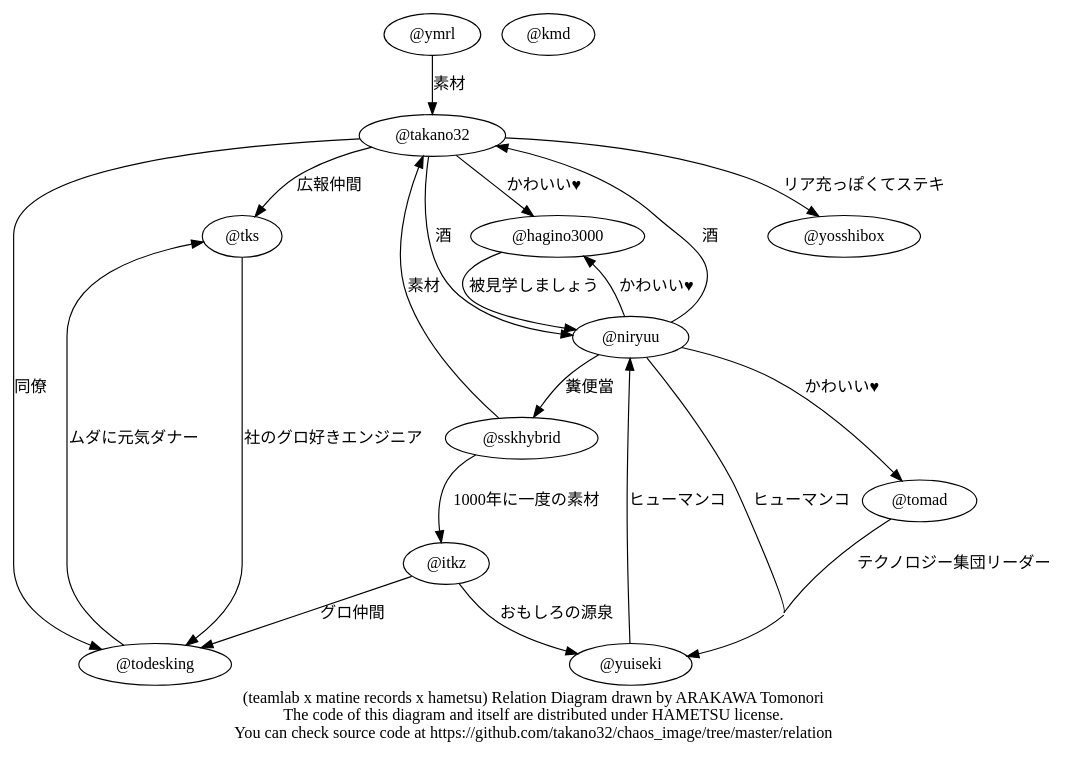
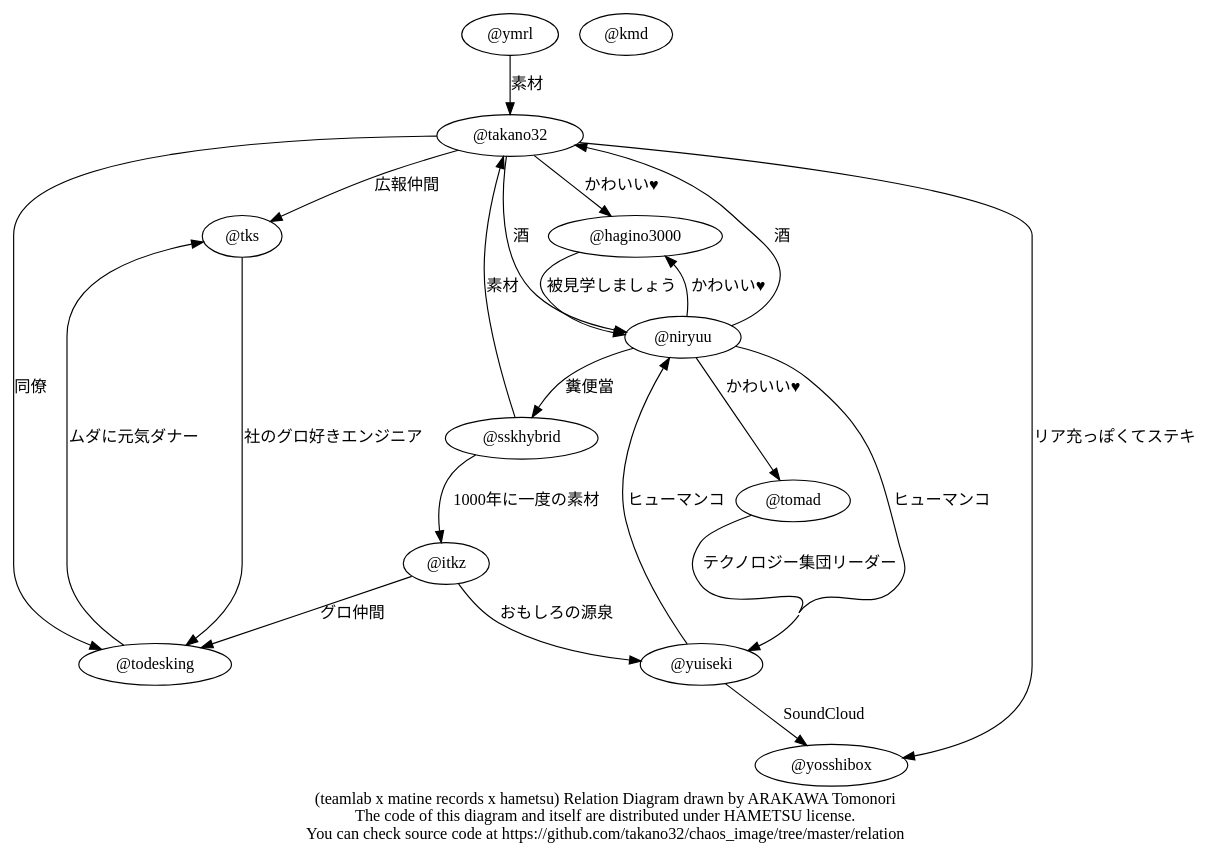
The diagram in relation/hameatsudo.dot (hametsu/chaos_image), drawn with Graphviz before and after one commit.

Commit message:
SoundCloud

```diff
--- a/relation/hameatsudo.dot
+++ b/relation/hameatsudo.dot
@@ -1,27 +1,28 @@
 digraph Hameatsudo {
   graph [concentrate = true];
   overlap=orthoxy;
   "@tks" -> "@todesking" [label = "社のグロ好きエンジニア"];
   "@takano32" -> "@tks" [label = "広報仲間"];
   "@takano32" -> "@todesking" [label = "同僚"];
   "@takano32" -> "@hagino3000" [label = "かわいい♥"];
   "@takano32" -> "@niryuu" [label = "酒"];
   "@takano32" -> "@yosshibox" [label = "リア充っぽくてステキ"];
   "@todesking" -> "@tks" [label = "ムダに元気ダナー"];
   "@tomad" -> "@yuiseki" [label = "テクノロジー集団リーダー"];
   "@yosshibox"
   "@sskhybrid" -> "@itkz" [label = "1000年に一度の素材"];
   "@sskhybrid" -> "@takano32" [label = "素材"];
   "@ymrl" -> "@takano32" [label = "素材"];
   "@niryuu" -> "@hagino3000" [label = "かわいい♥"];
   "@niryuu" -> "@tomad" [label = "かわいい♥"];
   "@niryuu" -> "@takano32" [label = "酒"];
   "@niryuu" -> "@sskhybrid" [label = "糞便當"];
   "@niryuu" -> "@yuiseki" [label = "ヒューマンコ"];
   "@itkz" -> "@todesking" [label = "グロ仲間"];
   "@itkz" -> "@yuiseki" [label = "おもしろの源泉"];
   "@yuiseki" -> "@niryuu" [label = "ヒューマンコ"];
+  "@yuiseki" -> "@yosshibox" [label = "SoundCloud"];
   "@hagino3000" -> "@niryuu" [label = "被見学しましょう"];
   "@kmd"
   label = "(teamlab x matine records x hametsu) Relation Diagram drawn by ARAKAWA Tomonori\nThe code of this diagram and itself are distributed under HAMETSU license.\nYou can check source code at https://github.com/takano32/chaos_image/tree/master/relation";
 }
```
